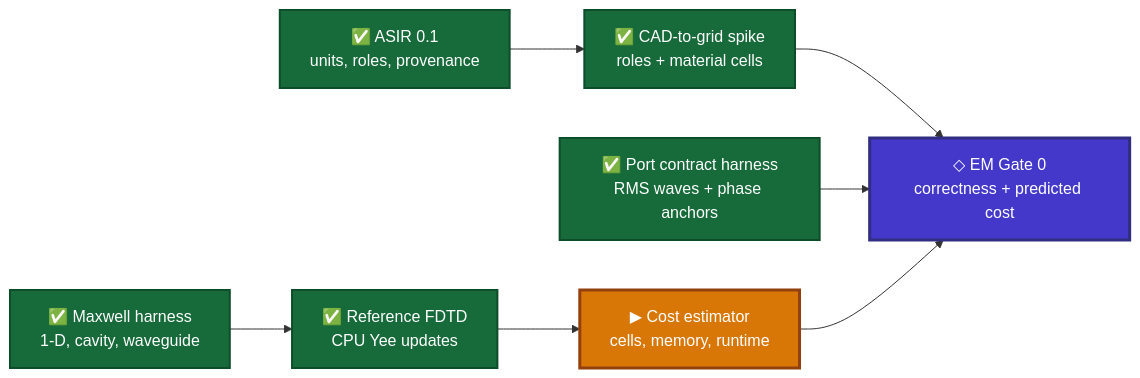
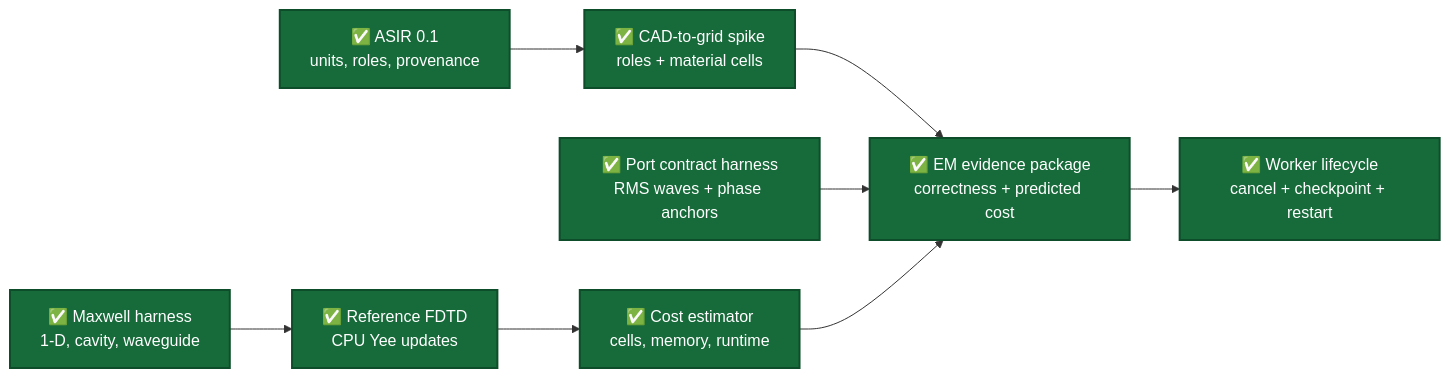
The third of 5 diagrams in docs/DEVELOPMENT_STORYBOARD.md (TJ-Engineer/EMS-Studio), drawn with Mermaid before and after one commit. The commit also changed other lines of this file and 44 other files, not shown here.

````diff
--- a/docs/DEVELOPMENT_STORYBOARD.md
+++ b/docs/DEVELOPMENT_STORYBOARD.md
@@ -94,23 +94,19 @@
 ```mermaid
 flowchart LR
     A["✅ ASIR 0.1<br/>units, roles, provenance"]
     V["✅ Maxwell harness<br/>1-D, cavity, waveguide"]
     D["✅ Reference FDTD<br/>CPU Yee updates"]
     N["✅ Port contract harness<br/>RMS waves + phase anchors"]
     X["✅ CAD-to-grid spike<br/>roles + material cells"]
-    E["▶ Cost estimator<br/>cells, memory, runtime"]
-    G["◇ EM Gate 0<br/>correctness + predicted cost"]
+    E["✅ Cost estimator<br/>cells, memory, runtime"]
+    G["✅ EM evidence package<br/>correctness + predicted cost"]
+    W["✅ Worker lifecycle<br/>cancel + checkpoint + restart"]
 
-    A --> X --> G
+    A --> X --> G --> W
     V --> D
     N --> G
     D --> E --> G
 
-    classDef current fill:#d97706,color:#ffffff,stroke:#92400e,stroke-width:3px;
     classDef done fill:#176b3a,color:#ffffff,stroke:#0d4d29,stroke-width:2px;
-    classDef planned fill:#e5e7eb,color:#111827,stroke:#6b7280,stroke-width:1px;
-    classDef gate fill:#4338ca,color:#ffffff,stroke:#312e81,stroke-width:3px;
-    class A,V,D,N,X done;
-    class E current;
-    class G gate;
+    class A,V,D,N,X,E,G,W done;
 ```
````
